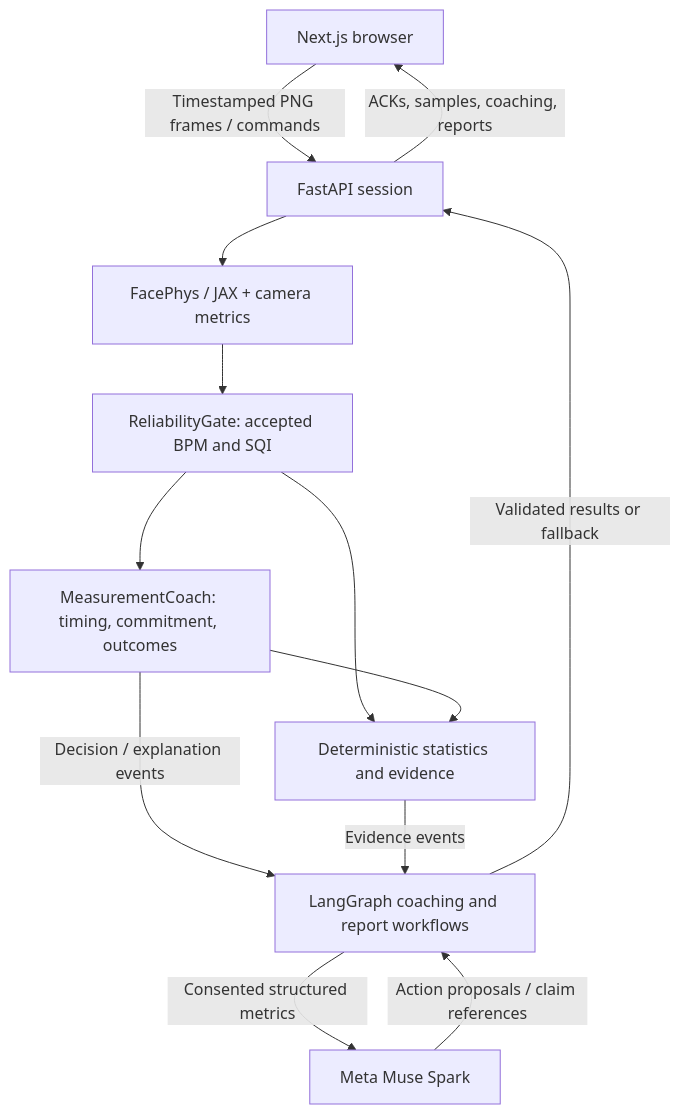
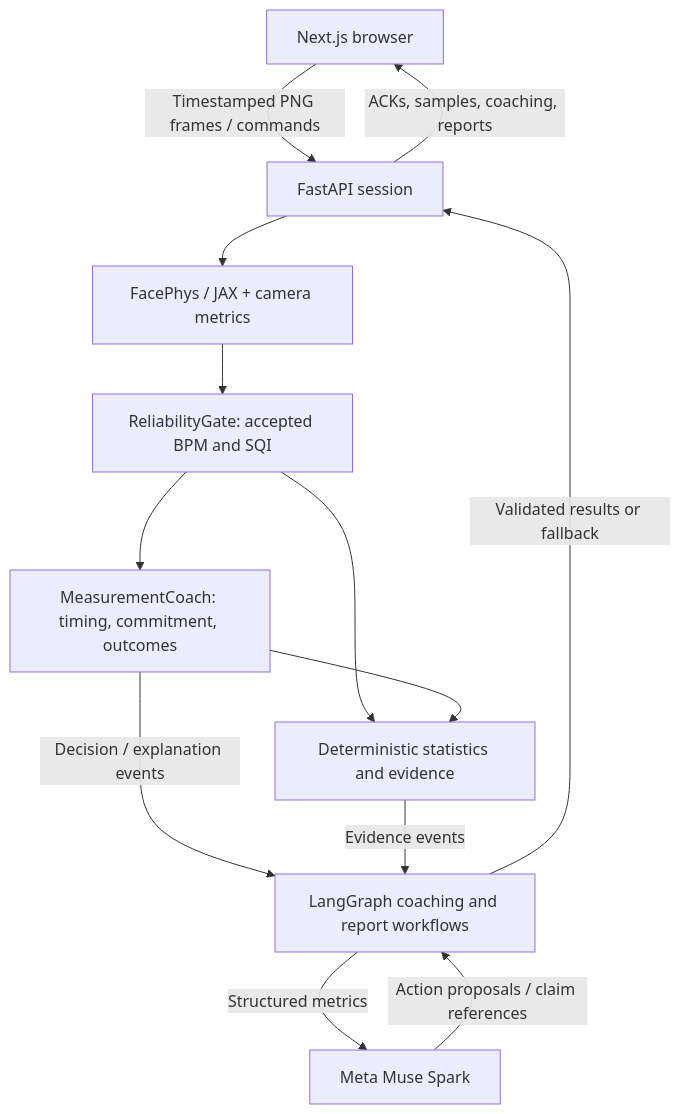
Before and after one commit to SpencerLiang0114/PulsePilot: the diagram in README.md, drawn with Mermaid. The commit also changed other lines of this file and 4 other files, not shown here.

Commit message:
Simplify measurement setup with default Muse Spark coaching

````diff
--- a/README.md
+++ b/README.md
@@ -51,15 +51,15 @@
 ```mermaid
 flowchart TD
     Browser[Next.js browser] -->|Timestamped PNG frames / commands| API[FastAPI session]
     API --> Sensing[FacePhys / JAX + camera metrics]
     Sensing --> Gate[ReliabilityGate: accepted BPM and SQI]
     Gate --> Coach[MeasurementCoach: timing, commitment, outcomes]
     Gate --> Report[Deterministic statistics and evidence]
     Coach --> Report
     Coach -->|Decision / explanation events| Graphs[LangGraph coaching and report workflows]
     Report -->|Evidence events| Graphs
-    Graphs -->|Consented structured metrics| Muse[Meta Muse Spark]
+    Graphs -->|Structured metrics| Muse[Meta Muse Spark]
     Muse -->|Action proposals / claim references| Graphs
     Graphs -->|Validated results or fallback| API
     API -->|ACKs, samples, coaching, reports| Browser
 ```
````
